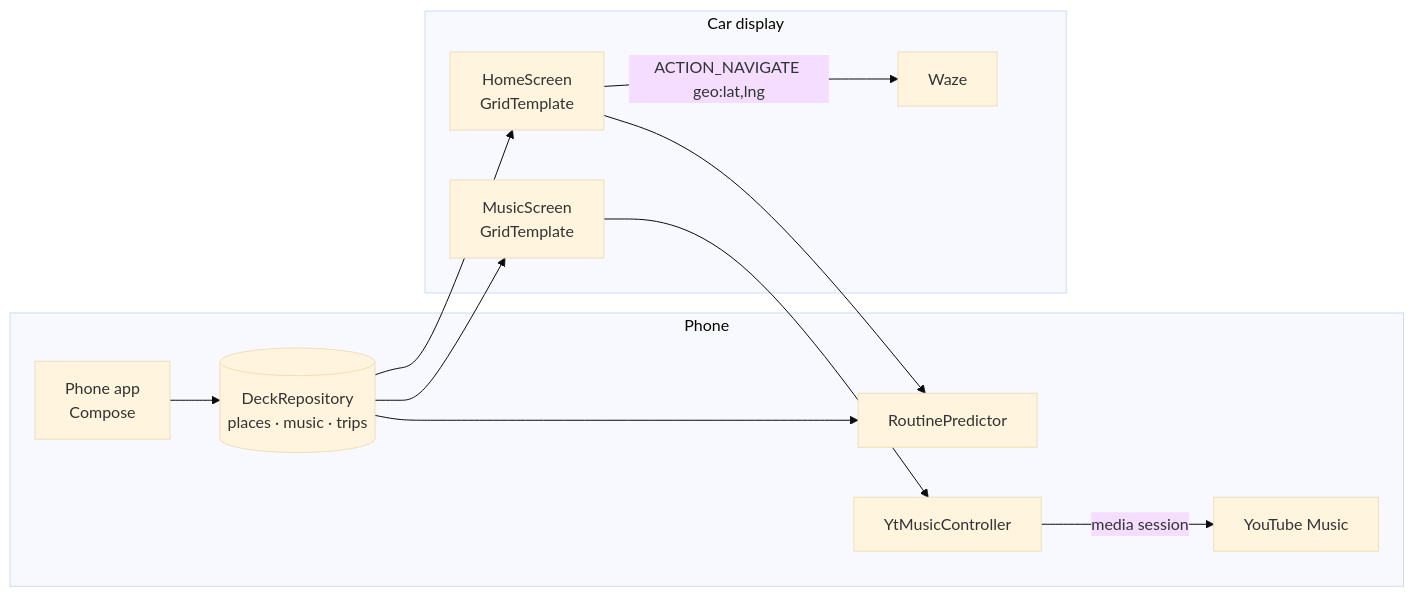
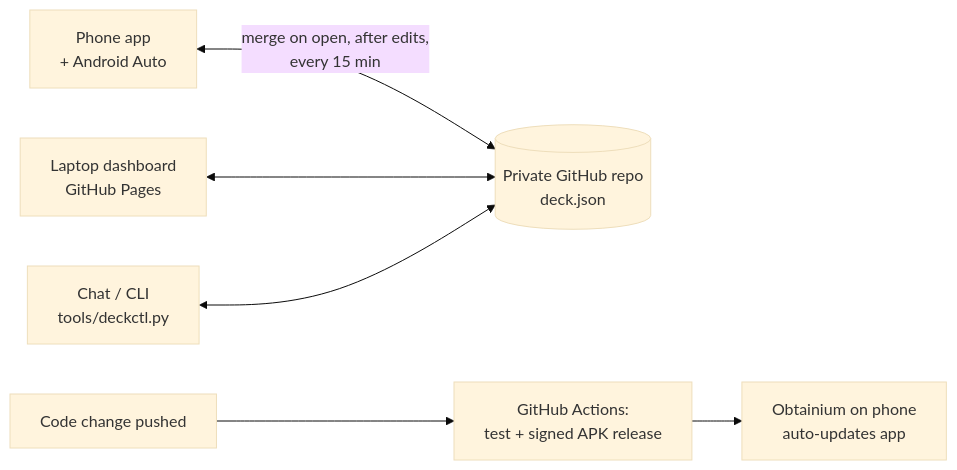
The diagram in README.md (LAZARZEC18/DRIVEDECK), drawn with Mermaid (base theme) before and after one commit. The commit also changed other lines of this file and 76 other files, not shown here.

First line of the commit message:
DRIVEDECK v1.1: sync, trip computer, smart ETA, fuel, cameras, WhatsApp, stats, dashboard

````diff
--- a/README.md
+++ b/README.md
@@ -38,15 +40,7 @@
 ```mermaid
 flowchart LR
-    subgraph Phone
-        A[Phone app<br/>Compose] --> R[(DeckRepository<br/>places · music · trips)]
-        R --> P[RoutinePredictor]
-        Y[YtMusicController] -->|media session| YTM[YouTube Music]
-    end
-    subgraph Car display
-        H[HomeScreen<br/>GridTemplate] --> P
-        H -->|ACTION_NAVIGATE geo:lat,lng| W[Waze]
-        M[MusicScreen<br/>GridTemplate] --> Y
-    end
-    R --> H
-    R --> M
+    P[Phone app<br/>+ Android Auto] <-->|merge on open, after edits,<br/>every 15 min| G[(Private GitHub repo<br/>deck.json)]
+    L[Laptop dashboard<br/>GitHub Pages] <--> G
+    C[Chat / CLI<br/>tools/deckctl.py] <--> G
+    A[Code change pushed] --> CI[GitHub Actions:<br/>test + signed APK release] --> O[Obtainium on phone<br/>auto-updates app]
 ```
````
